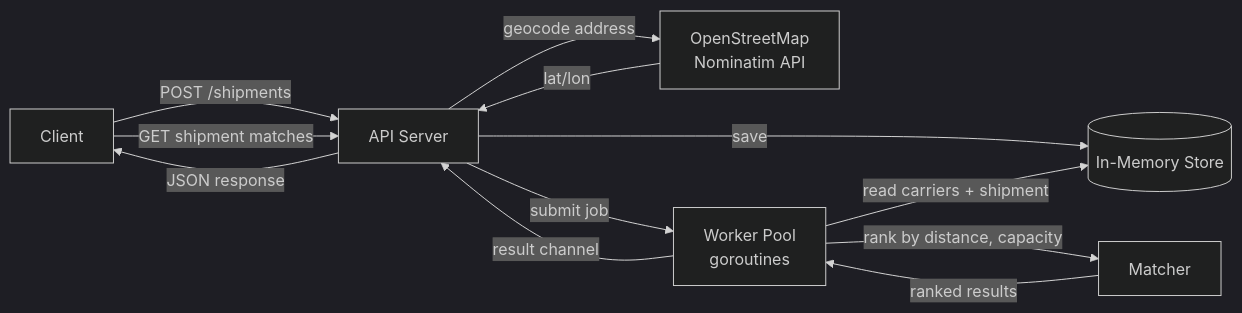
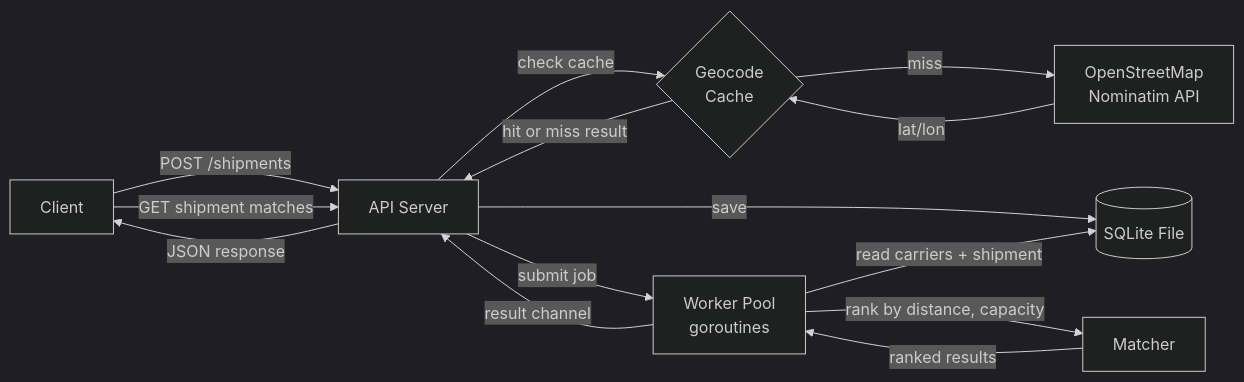
Before and after one commit to meghnanag2/carrier-match-service: the first of 3 diagrams in README.md, drawn with Mermaid (dark theme). The commit also changed other lines of this file and 3 other files, not shown here.

````diff
--- a/README.md
+++ b/README.md
@@ -46,15 +68,17 @@
 ```mermaid
 flowchart LR
     Client -->|POST /shipments| API[API Server]
-    API -->|geocode address| Nominatim[OpenStreetMap<br/>Nominatim API]
-    Nominatim -->|lat/lon| API
-    API -->|save| Store[(In-Memory Store)]
+    API -->|check cache| Cache{Geocode<br/>Cache}
+    Cache -->|miss| Nominatim[OpenStreetMap<br/>Nominatim API]
+    Nominatim -->|lat/lon| Cache
+    Cache -->|hit or miss result| API
+    API -->|save| Store[(SQLite File)]
 
     Client -->|GET shipment matches| API
     API -->|submit job| Pool[Worker Pool<br/>goroutines]
     Pool -->|read carriers + shipment| Store
     Pool -->|rank by distance, capacity| Matcher[Matcher]
     Matcher -->|ranked results| Pool
     Pool -->|result channel| API
     API -->|JSON response| Client
 ```
````
